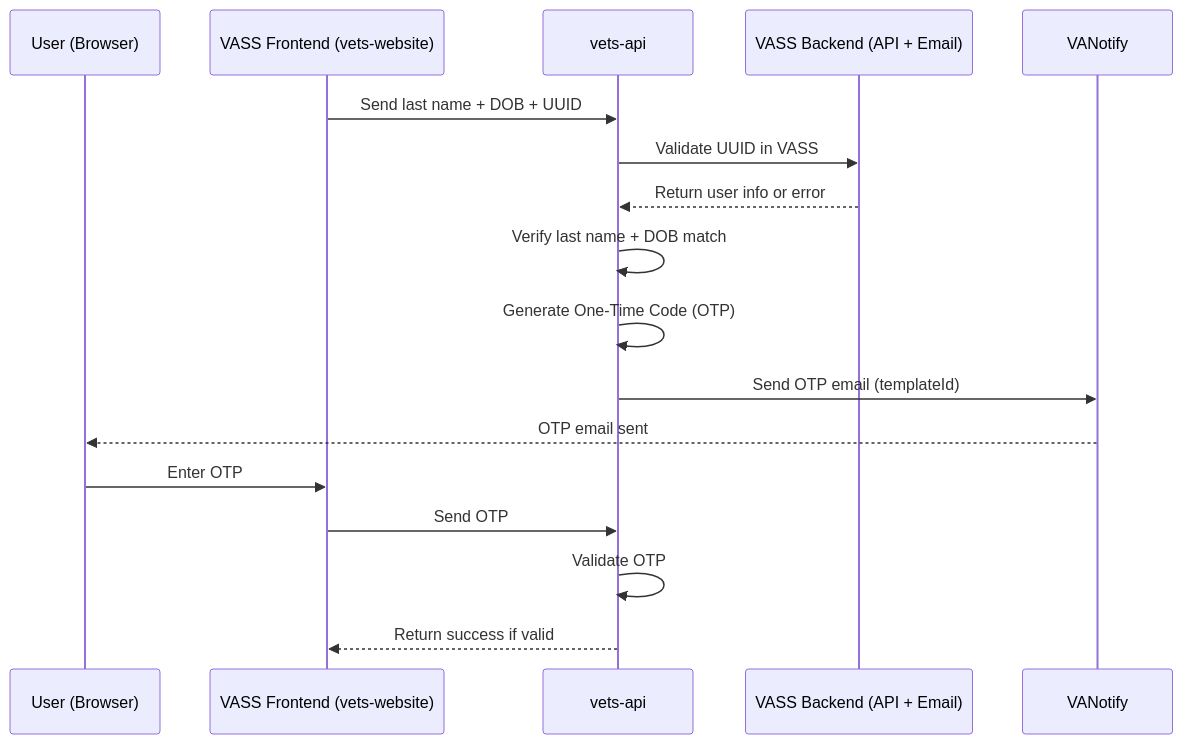
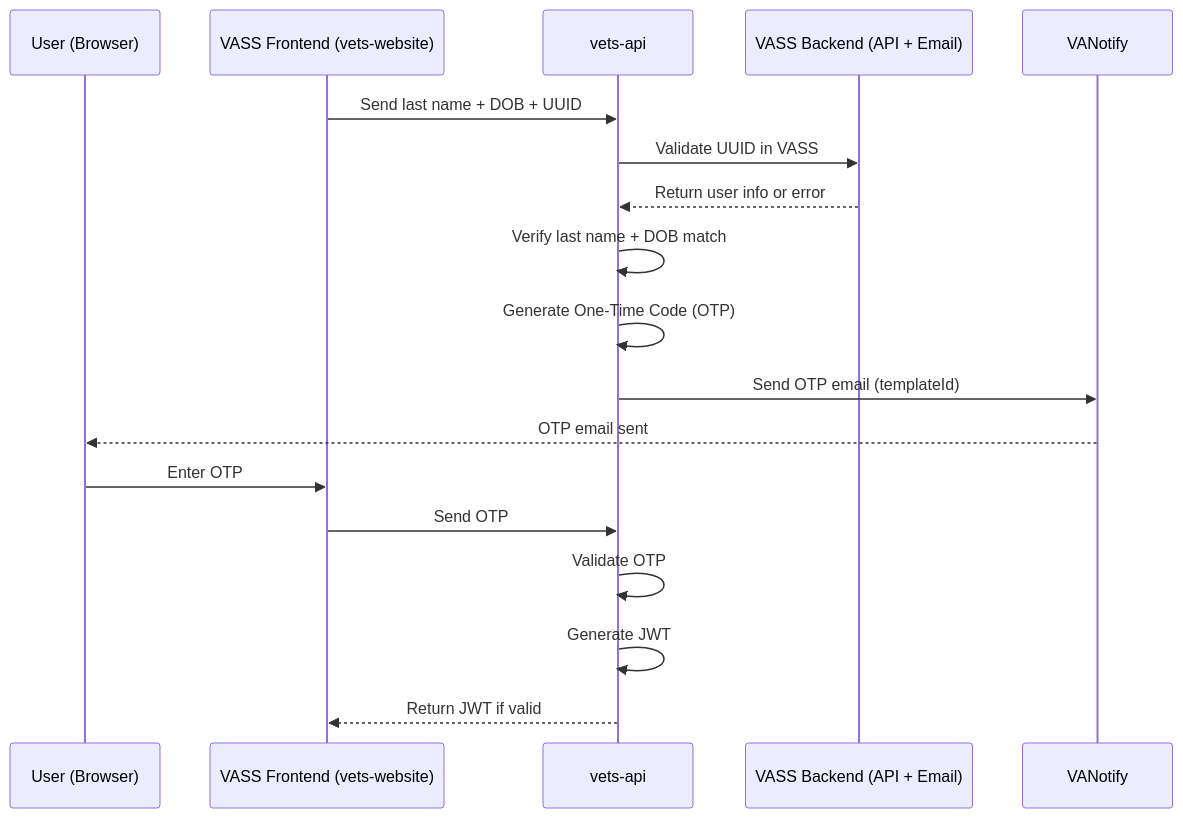
Before and after one commit to department-of-veterans-affairs/va.gov-team: the third of 3 diagrams in products/health-care/appointments/va-online-scheduling/initiatives/solid-start-scheduling/engineering/sequence-diagrams/user-journeys.md, drawn with Mermaid.

````diff
--- a/products/health-care/appointments/va-online-scheduling/initiatives/solid-start-scheduling/engineering/sequence-diagrams/user-journeys.md
+++ b/products/health-care/appointments/va-online-scheduling/initiatives/solid-start-scheduling/engineering/sequence-diagrams/user-journeys.md
@@ -96,23 +96,24 @@
 ```mermaid
 sequenceDiagram
     participant user as User (Browser)
     participant vetsWebsite as VASS Frontend (vets-website)
     participant vetsApi as vets-api
     participant vassBackend as VASS Backend (API + Email)
     participant vaNotify as VANotify
 
     %% Step 1: Request One-Time Code (OTP)
     vetsWebsite->>vetsApi: Send last name + DOB + UUID
     vetsApi->>vassBackend: Validate UUID in VASS
     vassBackend-->>vetsApi: Return user info or error
     vetsApi->>vetsApi: Verify last name + DOB match
     vetsApi->>vetsApi: Generate One-Time Code (OTP)
     vetsApi->>vaNotify: Send OTP email (templateId)
     vaNotify-->>user: OTP email sent
 
     %% Step 2: User enters OTP
     user->>vetsWebsite: Enter OTP
     vetsWebsite->>vetsApi: Send OTP
     vetsApi->>vetsApi: Validate OTP
-    vetsApi-->>vetsWebsite: Return success if valid
+    vetsApi->>vetsApi: Generate JWT
+    vetsApi-->>vetsWebsite: Return JWT if valid
 ```
````
